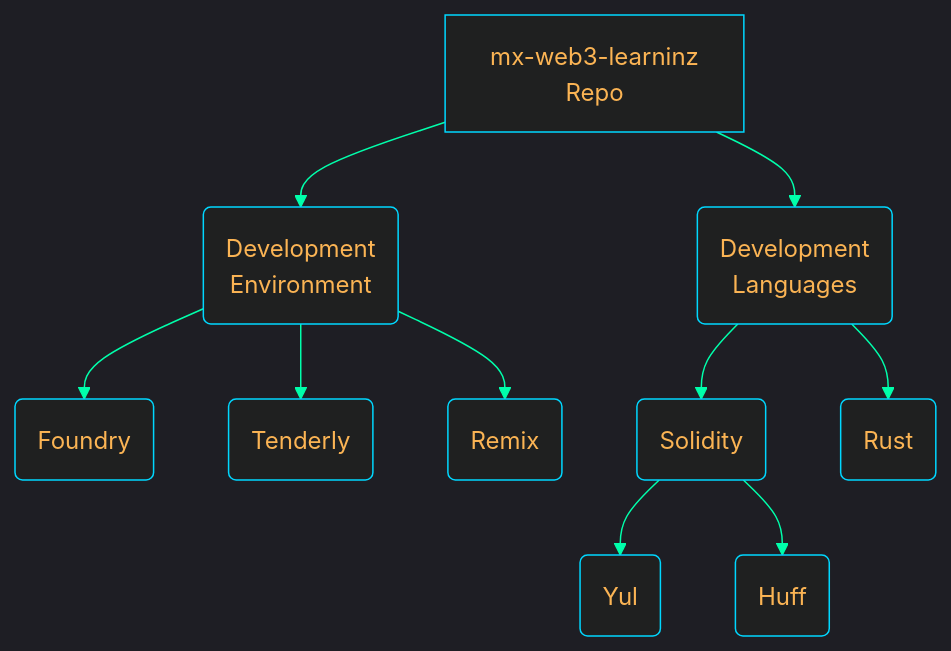
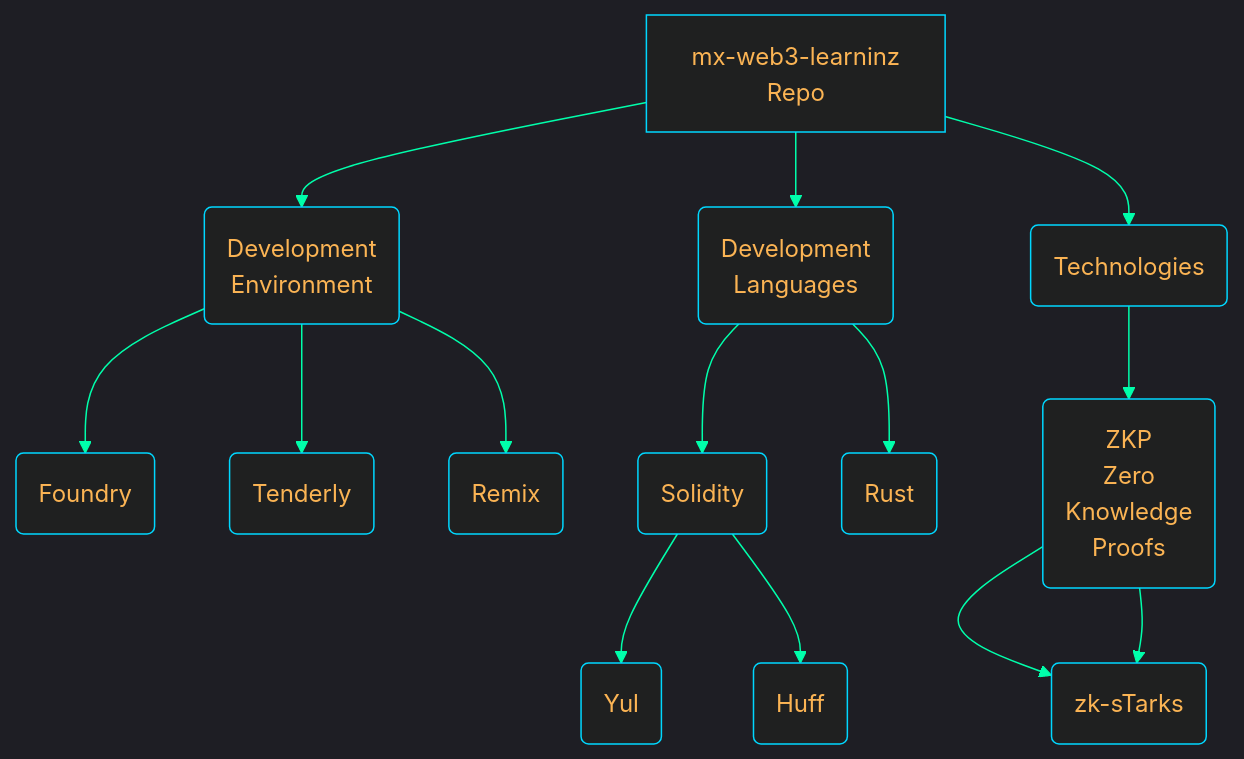
Before and after one commit to m0ham3dx/mx-web3-learninz: the second of 3 diagrams in README.md, drawn with Mermaid.

Commit message:
image corrections

````diff
--- a/README.md
+++ b/README.md
@@ -44,19 +44,25 @@
 ```mermaid 
 graph TD
     %%{init: {'theme':'dark', 'themeVariables':{'textColor':'#FBB454', 'nodeBorder':'#00D7FF', 'lineColor':'#00FFAB'}}}%% 
     %% Main Tree
     A[mx-web3-learninz <br> Repo] --> A1(Development<br>Environment)
     A --> A2(Development<br>Languages)
+    A --> A3(Technologies)
 
     %% A1 Subviisions 
     A1 --> A1A(Foundry)
     A1 --> A1B(Tenderly)
     A1 --> A1C(Remix)
 
     %% A2 Subdivisons 
     A2 --> A2A(Solidity)
     A2A --> A2AA(Yul)
     A2A --> A2AB(Huff)
     A2 --> A2B(Rust)
 
+    %% A3 Subdivisions
+    A3 --> A31(ZKP<br>Zero<br>Knowledge<br>Proofs)
+    A31 --> A32(zk-sNarks)
+    A31 --> A32(zk-sTarks)
+
 ```
````
